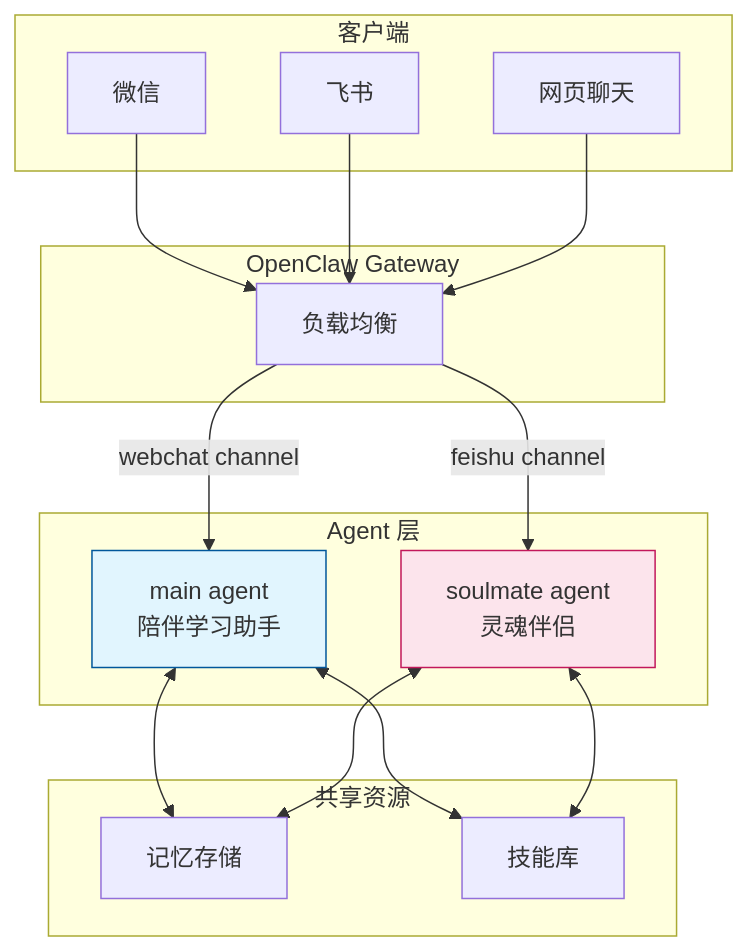
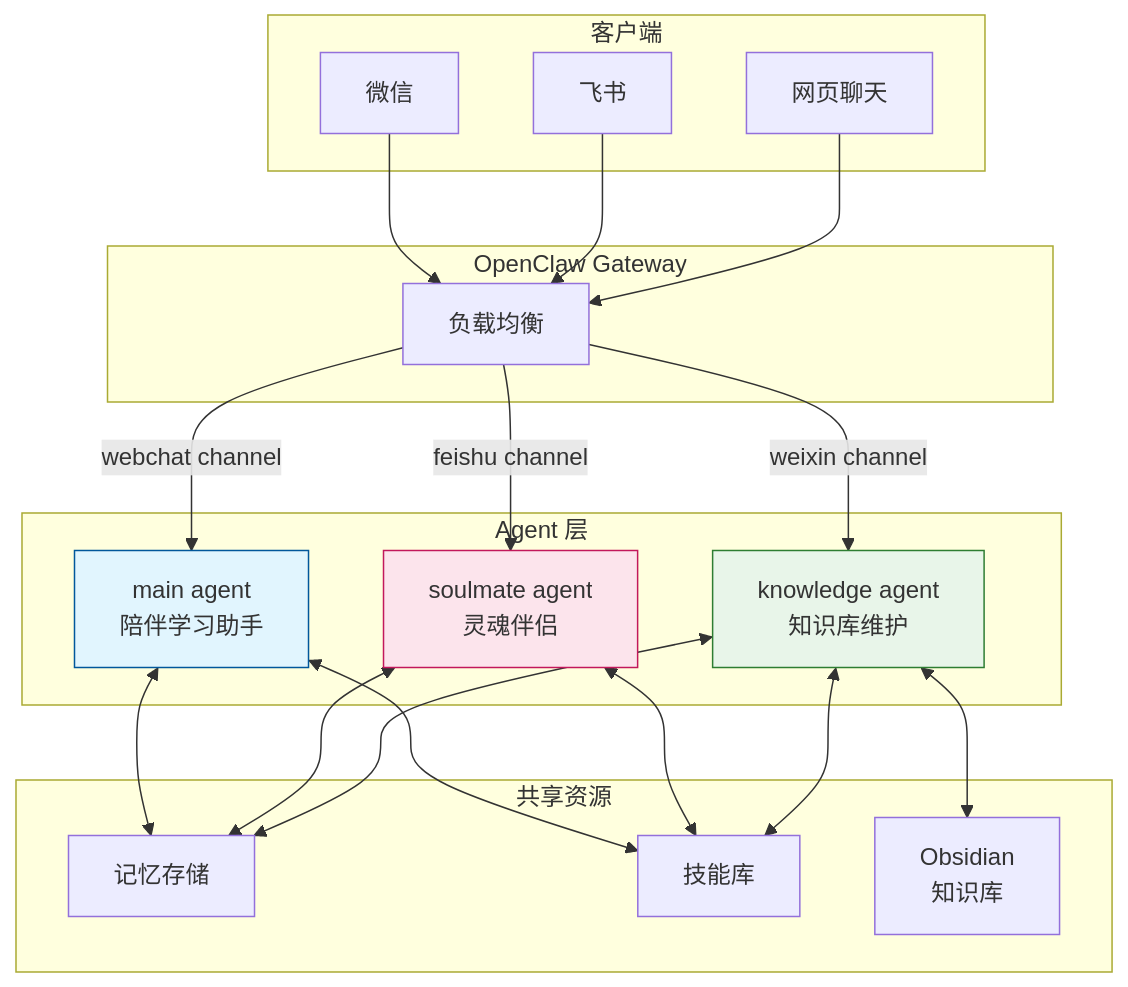
One commit to zhangchen091488-collab/knowhow-ai changed the first of 4 diagrams in content/06-OpenClaw/08-Agent-Architecture.md. Above: the diagram before and after it, drawn with Mermaid. The commit also changed other lines of this file, not shown here.

First line of the commit message:
更新 Agent 架构文档：扩展为三 Agent 架构，新增 knowledge agent

````diff
--- a/content/06-OpenClaw/08-Agent-Architecture.md
+++ b/content/06-OpenClaw/08-Agent-Architecture.md
@@ -13,37 +17,45 @@
 ```mermaid
 graph TB
     subgraph "客户端"
         WEIXIN[微信]
         FEISHU[飞书]
         WEB[网页聊天]
     end
 
     subgraph "OpenClaw Gateway"
         LB[负载均衡]
     end
 
     subgraph "Agent 层"
         MAIN["main agent<br/>陪伴学习助手"]
         SOULMATE["soulmate agent<br/>灵魂伴侣"]
+        KNOWLEDGE["knowledge agent<br/>知识库维护"]
     end
 
     subgraph "共享资源"
         MEM["记忆存储"]
         SKILLS[技能库]
+        KB[Obsidian<br/>知识库]
     end
 
     WEIXIN --> LB
     FEISHU --> LB
     WEB --> LB
 
     LB -->|feishu channel| SOULMATE
+    LB -->|weixin channel| KNOWLEDGE
     LB -->|webchat channel| MAIN
 
     MAIN <--> MEM
     SOULMATE <--> MEM
+    KNOWLEDGE <--> MEM
+    KNOWLEDGE <--> KB
+
     MAIN <--> SKILLS
     SOULMATE <--> SKILLS
+    KNOWLEDGE <--> SKILLS
 
     style MAIN fill:#e1f5fe,stroke:#01579b
     style SOULMATE fill:#fce4ec,stroke:#c2185b
+    style KNOWLEDGE fill:#e8f5e9,stroke:#2e7d32
 ```
````
